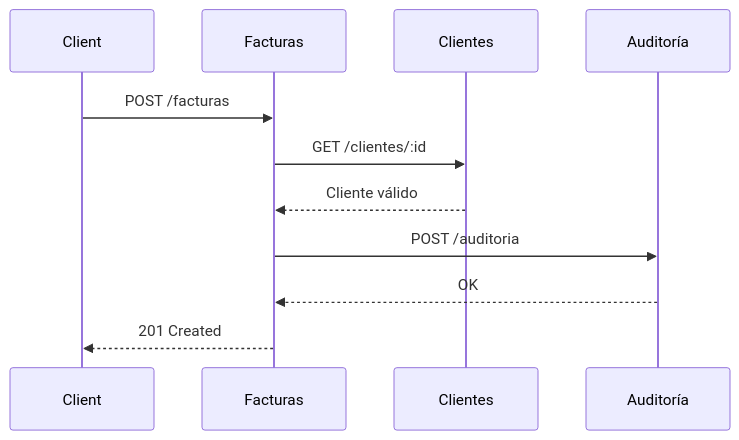
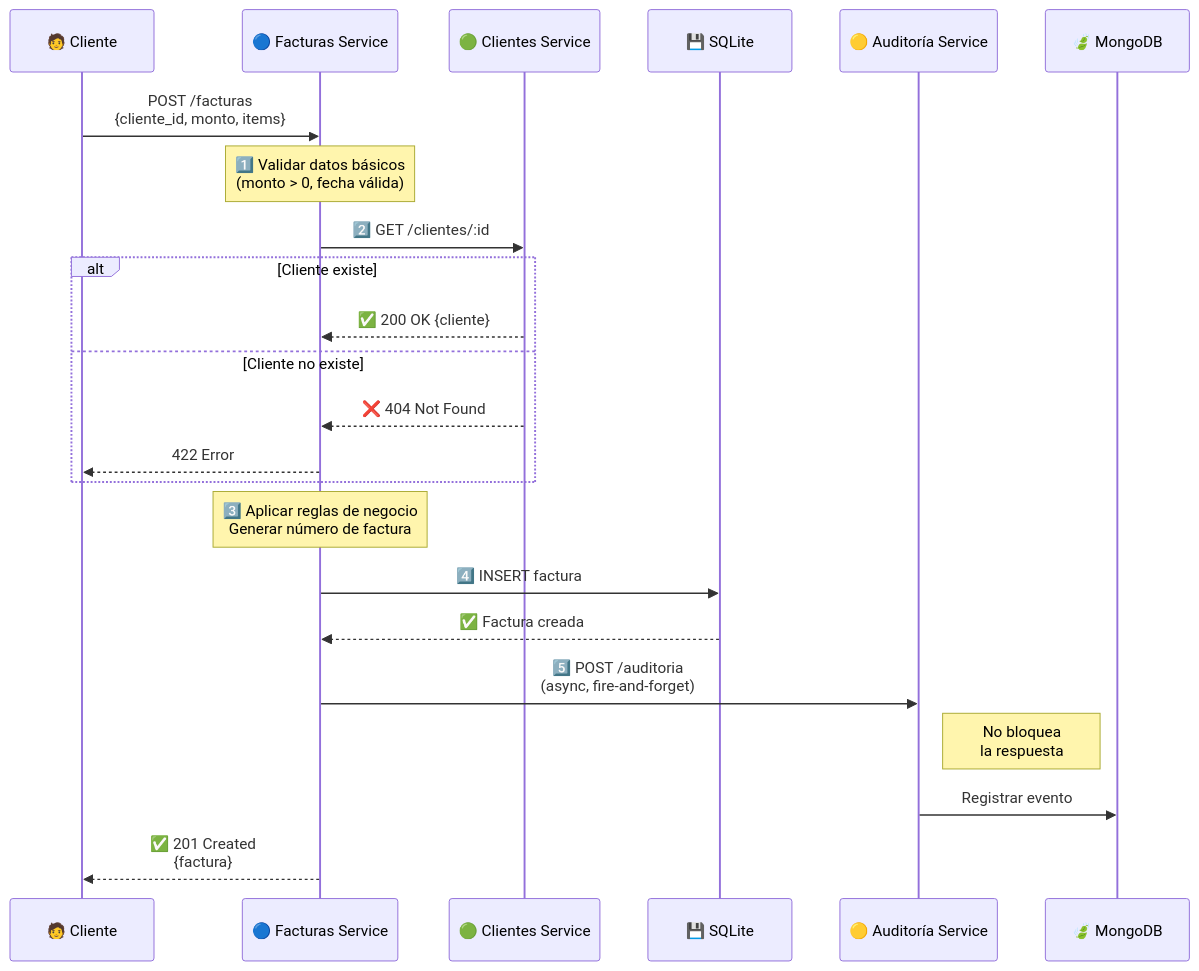
The second of 4 diagrams in docs/DIAGRAMAS.md (Asimpl3-Hero/RubyDoubleV), drawn with Mermaid before and after one commit. The commit also changed other lines of this file and 2 other files, not shown here.

````diff
--- a/docs/DIAGRAMAS.md
+++ b/docs/DIAGRAMAS.md
@@ -44,14 +63,32 @@
 ```mermaid
 sequenceDiagram
-    participant Client
-    participant Facturas
-    participant Clientes
-    participant Auditoría
+    participant Client as 🧑 Cliente
+    participant Facturas as 🔵 Facturas Service
+    participant Clientes as 🟢 Clientes Service
+    participant DB as 💾 SQLite
+    participant Auditoría as 🟡 Auditoría Service
+    participant Mongo as 🍃 MongoDB
 
-    Client->>Facturas: POST /facturas
-    Facturas->>Clientes: GET /clientes/:id
-    Clientes-->>Facturas: Cliente válido
-    Facturas->>Auditoría: POST /auditoria
-    Auditoría-->>Facturas: OK
-    Facturas-->>Client: 201 Created
+    Client->>Facturas: POST /facturas<br/>{cliente_id, monto, items}
+
+    Note over Facturas: 1️⃣ Validar datos básicos<br/>(monto > 0, fecha válida)
+
+    Facturas->>Clientes: 2️⃣ GET /clientes/:id
+    alt Cliente existe
+        Clientes-->>Facturas: ✅ 200 OK {cliente}
+    else Cliente no existe
+        Clientes-->>Facturas: ❌ 404 Not Found
+        Facturas-->>Client: 422 Error
+    end
+
+    Note over Facturas: 3️⃣ Aplicar reglas de negocio<br/>Generar número de factura
+
+    Facturas->>DB: 4️⃣ INSERT factura
+    DB-->>Facturas: ✅ Factura creada
+
+    Facturas->>Auditoría: 5️⃣ POST /auditoria<br/>(async, fire-and-forget)
+    Note right of Auditoría: No bloquea<br/>la respuesta
+    Auditoría->>Mongo: Registrar evento
+
+    Facturas-->>Client: ✅ 201 Created<br/>{factura}
 ```
````
